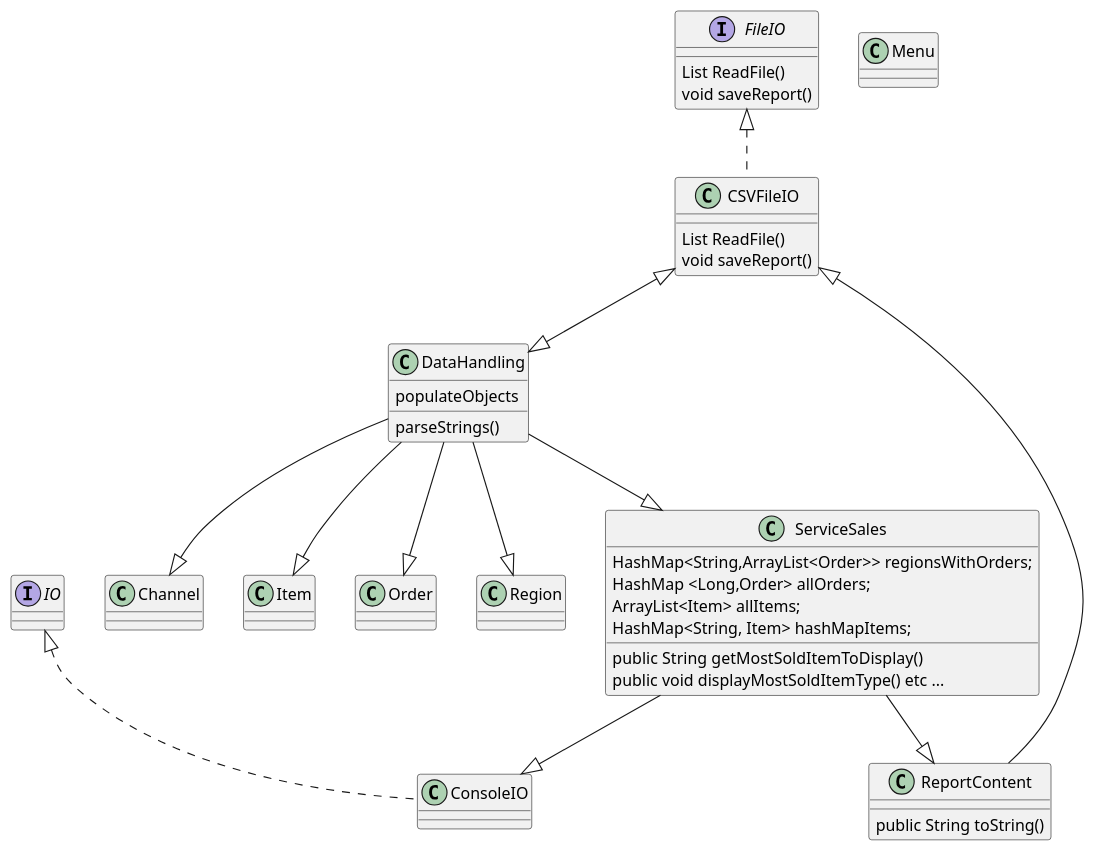
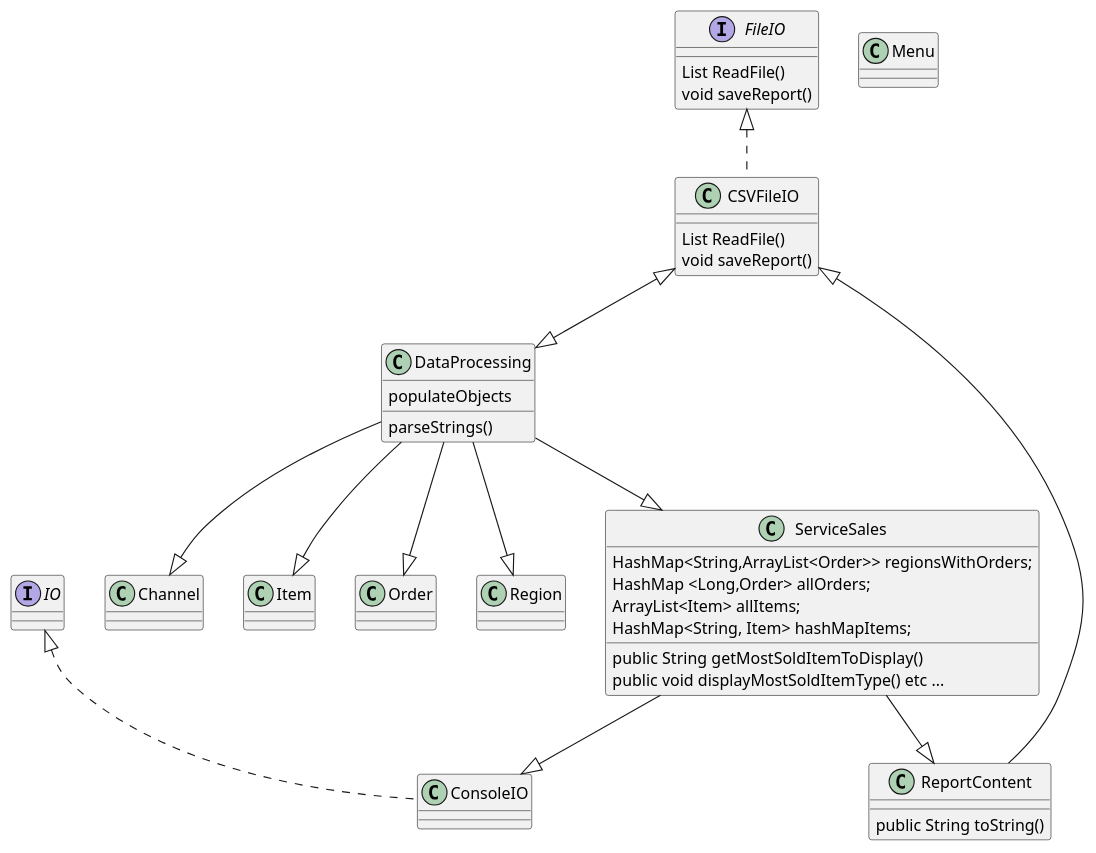
One commit to TomForsell/ReskillAssignmentOne changed the diagram in design/ReskillAssignmentOne - Svetlana & Tom.puml. Above: the diagram before and after it, drawn with PlantUML.

Commit message:
drawing UML

```diff
--- a/design/ReskillAssignmentOne - Svetlana & Tom.puml
+++ b/design/ReskillAssignmentOne - Svetlana & Tom.puml
@@ -1,46 +1,46 @@
 @startuml
 'https://plantuml.com/class-diagram
 
 class Channel
 class ConsoleIO implements IO
 class CSVFileIO implements FileIO{
 List ReadFile()
 void saveReport()
 }
-class DataHandling{
+class DataProcessing{
 parseStrings()
 populateObjects
 }
 interface FileIO{
 List ReadFile()
 void saveReport()
 }
 
 interface IO
 class Item
 class Menu
 class Order
 class Region
 class ReportContent{
 public String toString()
 }
 class ServiceSales{
  HashMap<String,ArrayList<Order>> regionsWithOrders;
  HashMap <Long,Order> allOrders;
  ArrayList<Item> allItems;
  HashMap<String, Item> hashMapItems;
   public String getMostSoldItemToDisplay()
   public void displayMostSoldItemType() etc ...
 }
 
 
 CSVFileIO <|-- ReportContent
-CSVFileIO <|--|> DataHandling
-DataHandling --|> Order
-DataHandling --|> ServiceSales
-DataHandling --|> Region
-DataHandling --|> Item
-DataHandling --|> Channel
+CSVFileIO <|--|> DataProcessing
+DataProcessing --|> Order
+DataProcessing --|> ServiceSales
+DataProcessing --|> Region
+DataProcessing --|> Item
+DataProcessing --|> Channel
 ServiceSales --|> ReportContent
 ServiceSales --|> ConsoleIO
 @enduml
```
